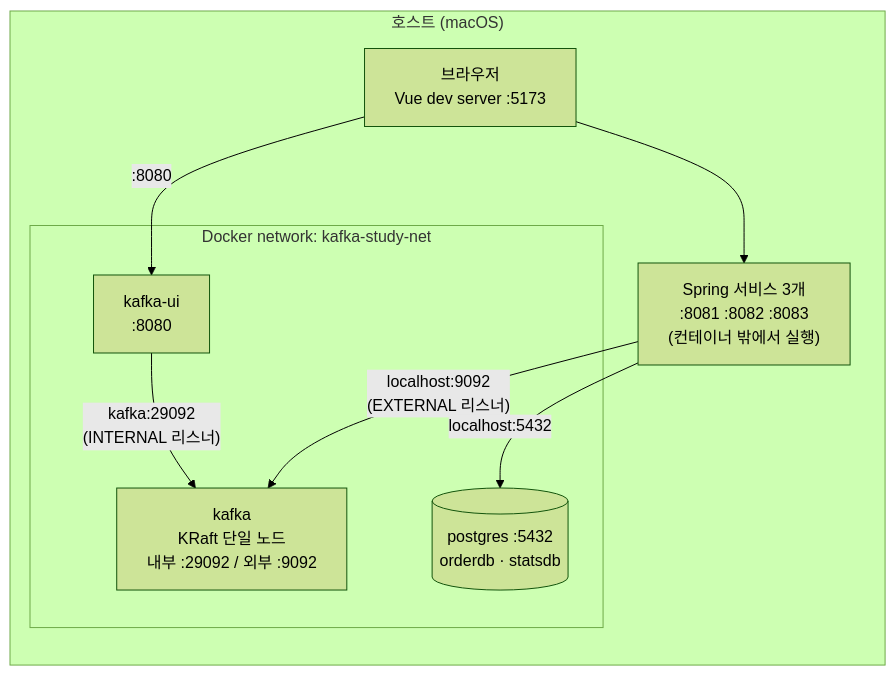
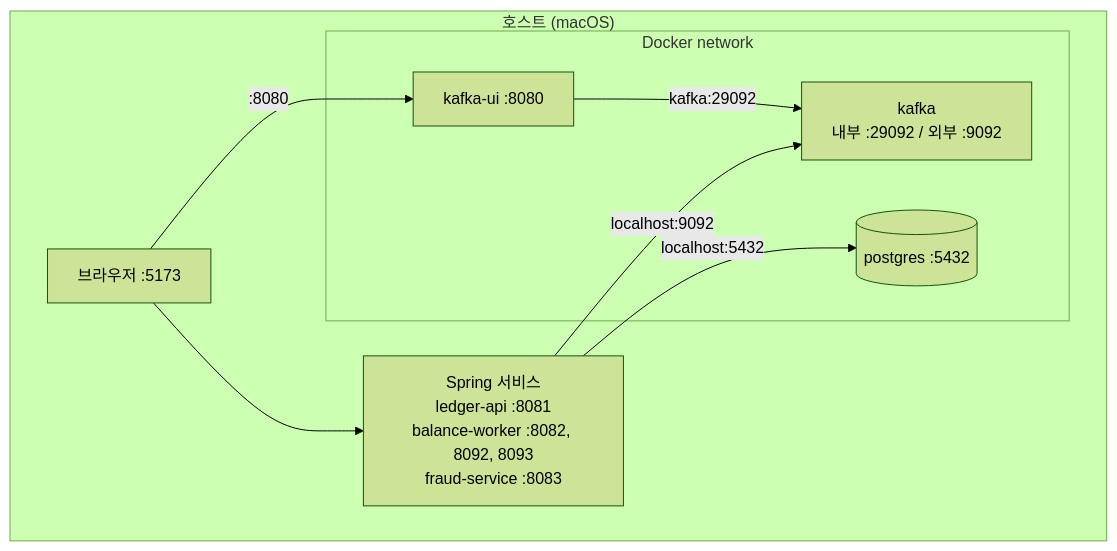
The seventh of 7 diagrams in docs/planning/02-architecture.md (ytw9699/kafka_study), drawn with Mermaid (forest theme) before and after one commit. The commit also changed other lines of this file and 20 other files, not shown here.

````diff
--- a/docs/planning/02-architecture.md
+++ b/docs/planning/02-architecture.md
@@ -306,20 +318,17 @@
 ```mermaid
 flowchart TB
     subgraph HOST["호스트 (macOS)"]
-        direction TB
-        SPRING["Spring 서비스 3개<br/>:8081 :8082 :8083<br/>(컨테이너 밖에서 실행)"]
-        BROWSER["브라우저<br/>Vue dev server :5173"]
-
-        subgraph NET["Docker network: kafka-study-net"]
-            KAFKA["kafka<br/>KRaft 단일 노드<br/>내부 :29092 / 외부 :9092"]
-            UI["kafka-ui<br/>:8080"]
-            PG[("postgres :5432<br/>orderdb · statsdb")]
+        SPRING["Spring 서비스<br/>ledger-api :8081<br/>balance-worker :8082, 8092, 8093<br/>fraud-service :8083"]
+        BROWSER["브라우저 :5173"]
+        subgraph NET["Docker network"]
+            KAFKA["kafka<br/>내부 :29092 / 외부 :9092"]
+            UI["kafka-ui :8080"]
+            PG[("postgres :5432")]
         end
     end
-
-    SPRING -->|"localhost:9092<br/>(EXTERNAL 리스너)"| KAFKA
+    SPRING -->|"localhost:9092"| KAFKA
     SPRING -->|"localhost:5432"| PG
-    UI -->|"kafka:29092<br/>(INTERNAL 리스너)"| KAFKA
+    UI -->|"kafka:29092"| KAFKA
     BROWSER --> SPRING
     BROWSER -->|":8080"| UI
 ```
````
